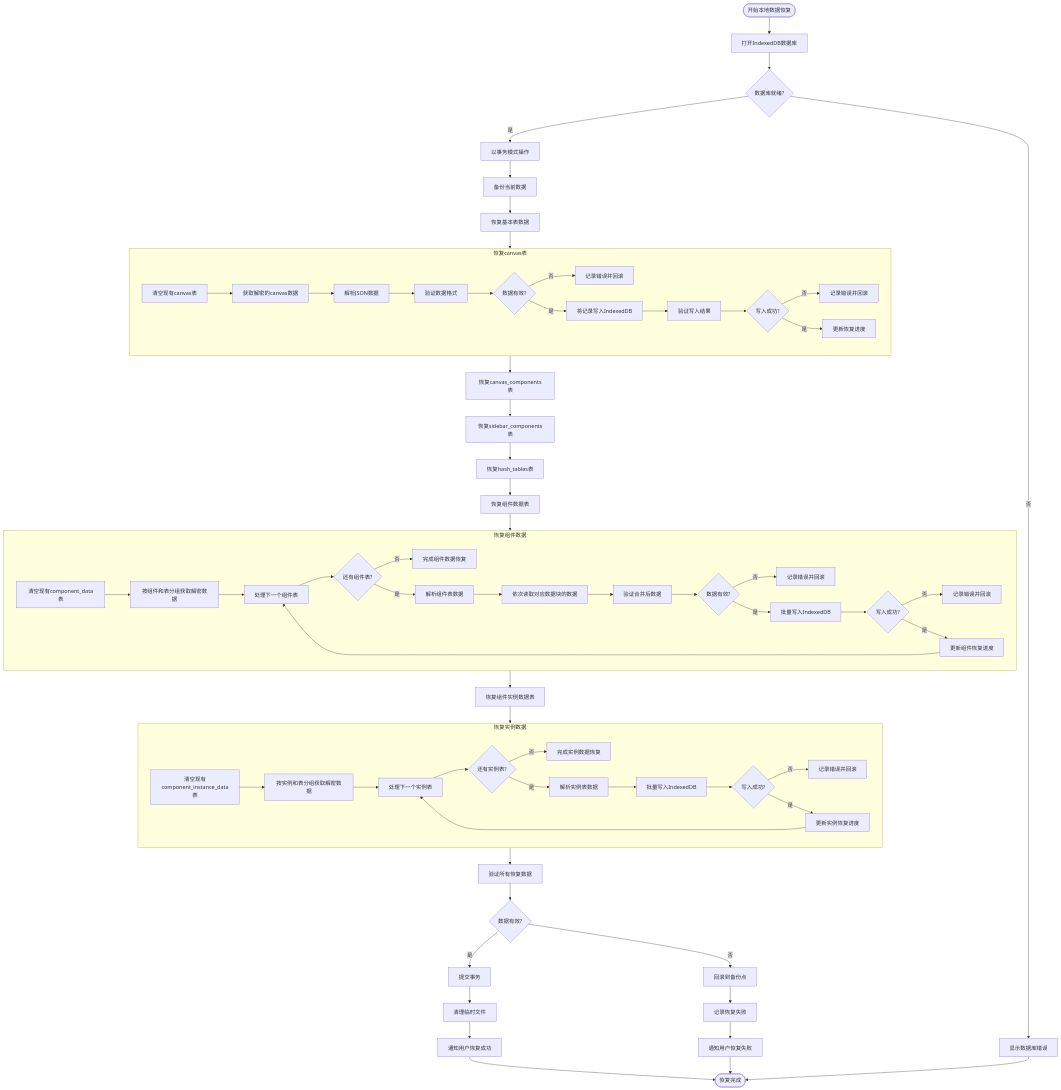
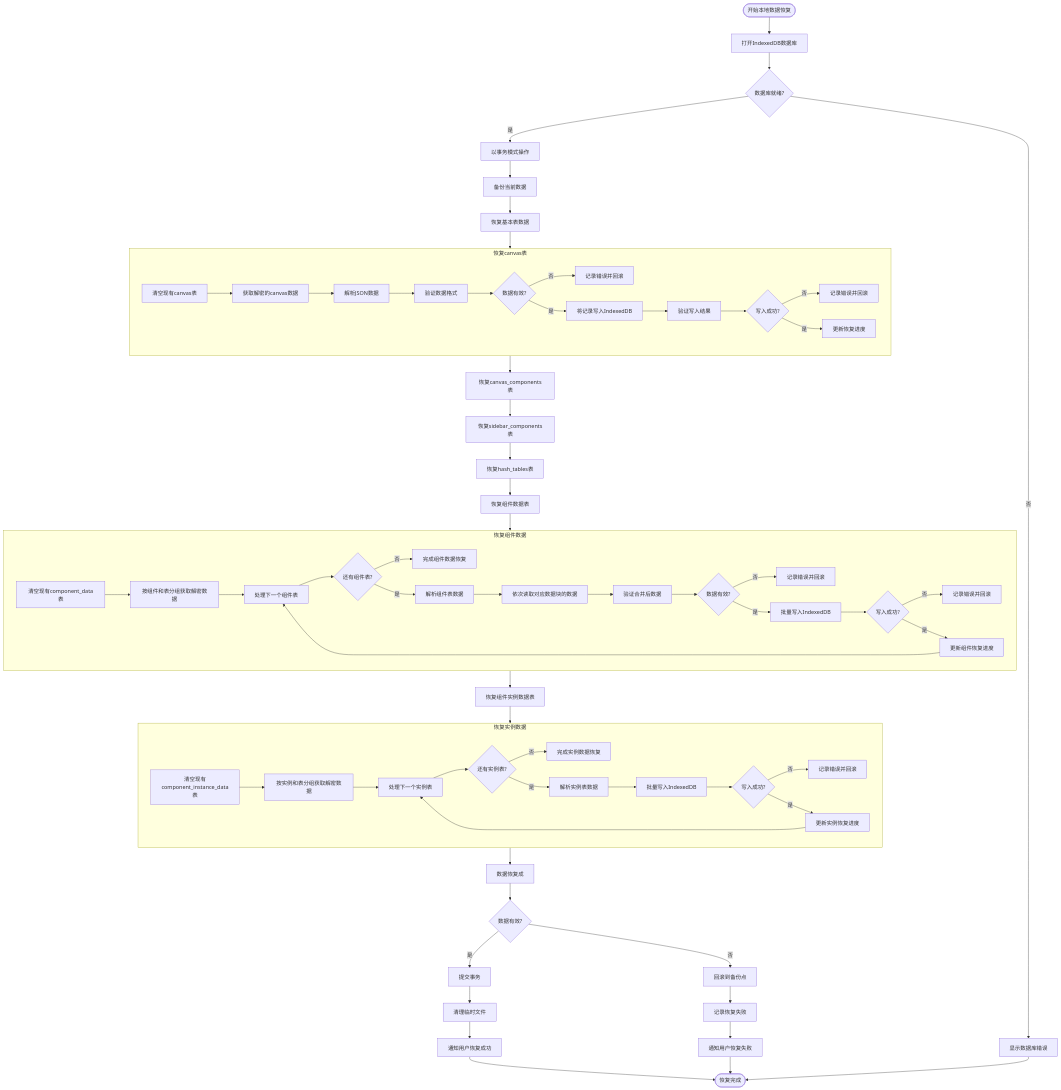
Before and after one commit to yingjianzh/iodraw-files: the diagram in all/未命名-53.md, drawn with Mermaid.

Commit message:
2025-05-09 17:29:02 update

```diff
--- a/all/未命名-53.md
+++ b/all/未命名-53.md
@@ -66,7 +66,7 @@
     
     RestoreInstanceData --> RestoreInstData
     
-    RestoreInstData --> VerifyAllData[验证所有恢复数据]
+    RestoreInstData --> VerifyAllData[数据恢复成]
     VerifyAllData --> AllDataValid{数据有效?}
     
     AllDataValid -->|是| CommitTransaction[提交事务]
```
